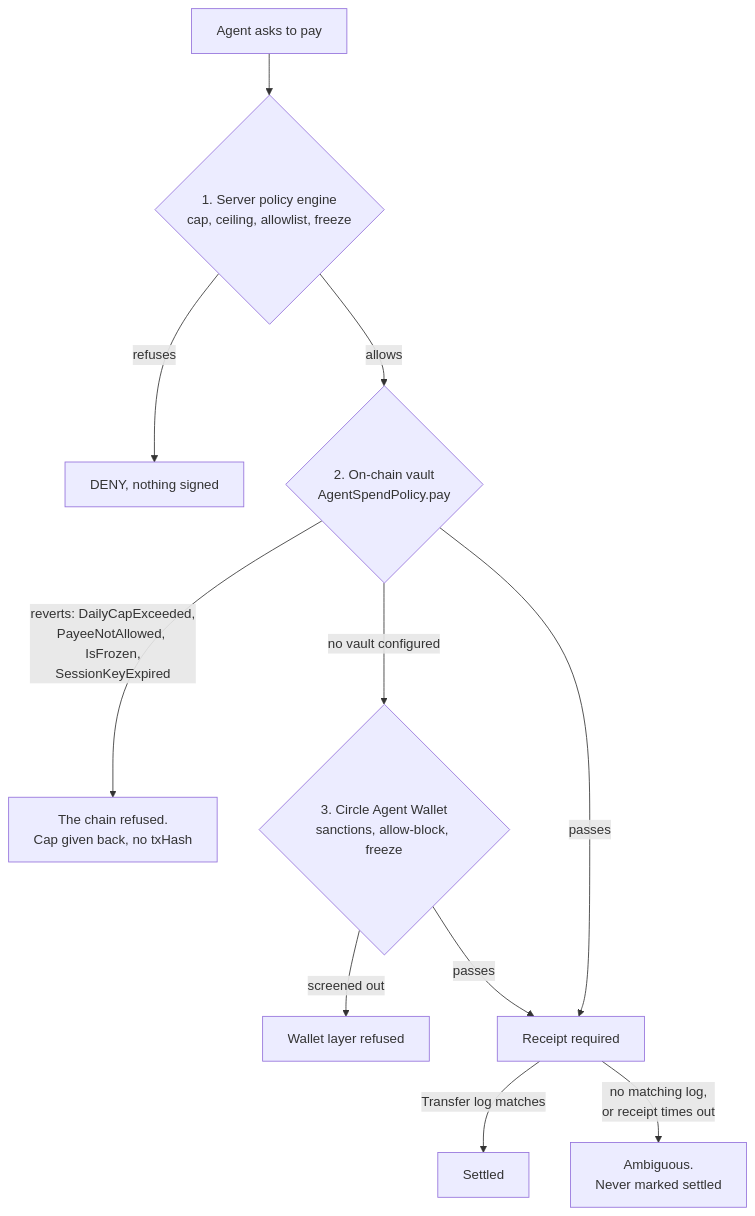
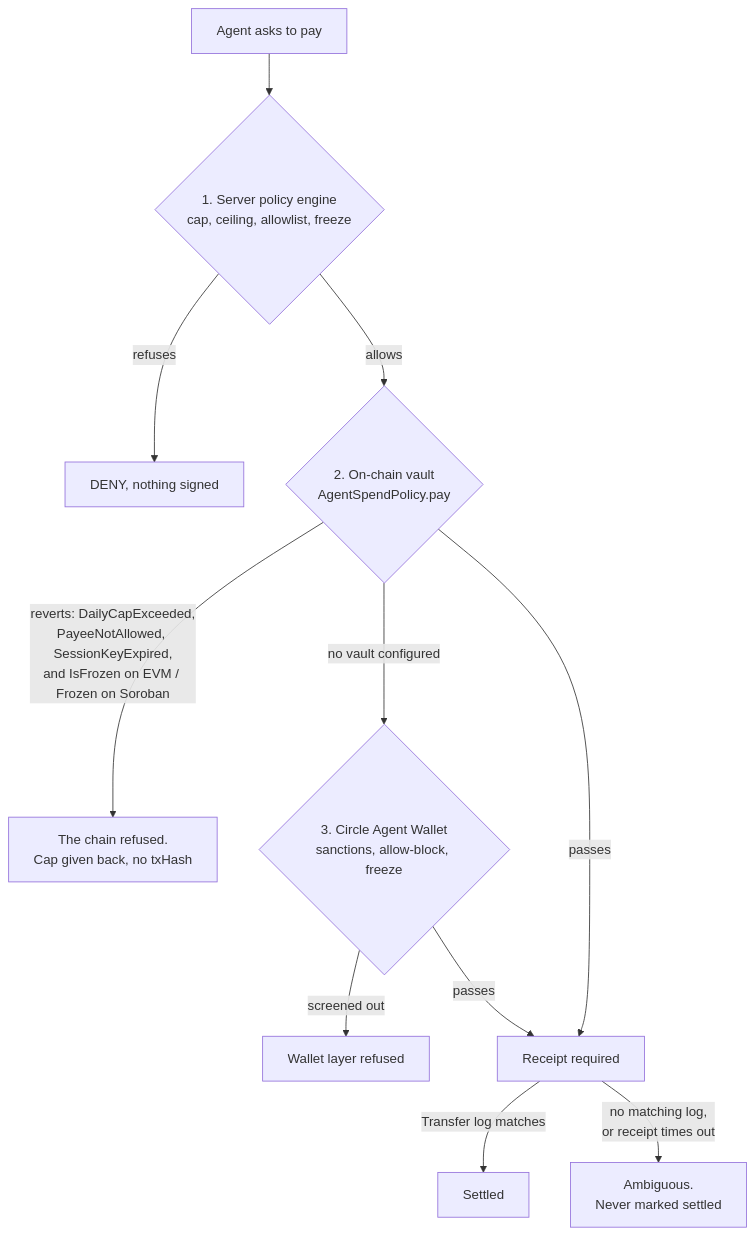
One commit to getA-Identity/A-Identity changed the second of 5 diagrams in ARCHITECTURE.md. Above: the diagram before and after it, drawn with Mermaid. The commit also changed other lines of this file and 5 other files, not shown here.

First line of the commit message:
fix(docs): a dead proof link, an audit finding closed four files still called open, and two diagrams that no longer matched the code

````diff
--- a/ARCHITECTURE.md
+++ b/ARCHITECTURE.md
@@ -92,13 +92,13 @@
 ```mermaid
 flowchart TD
   I[Agent asks to pay] --> S{1. Server policy engine<br/>cap, ceiling, allowlist, freeze}
   S -->|refuses| D1[DENY, nothing signed]
   S -->|allows| V{2. On-chain vault<br/>AgentSpendPolicy.pay}
-  V -->|reverts: DailyCapExceeded,<br/>PayeeNotAllowed, IsFrozen,<br/>SessionKeyExpired| D2[The chain refused.<br/>Cap given back, no txHash]
+  V -->|reverts: DailyCapExceeded,<br/>PayeeNotAllowed, SessionKeyExpired,<br/>and IsFrozen on EVM / Frozen on Soroban| D2[The chain refused.<br/>Cap given back, no txHash]
   V -->|no vault configured| C{3. Circle Agent Wallet<br/>sanctions, allow-block, freeze}
   C -->|screened out| D3[Wallet layer refused]
   V -->|passes| R[Receipt required]
   C -->|passes| R
   R -->|Transfer log matches| OK[Settled]
   R -->|no matching log,<br/>or receipt times out| AMB[Ambiguous.<br/>Never marked settled]
 ```
````
